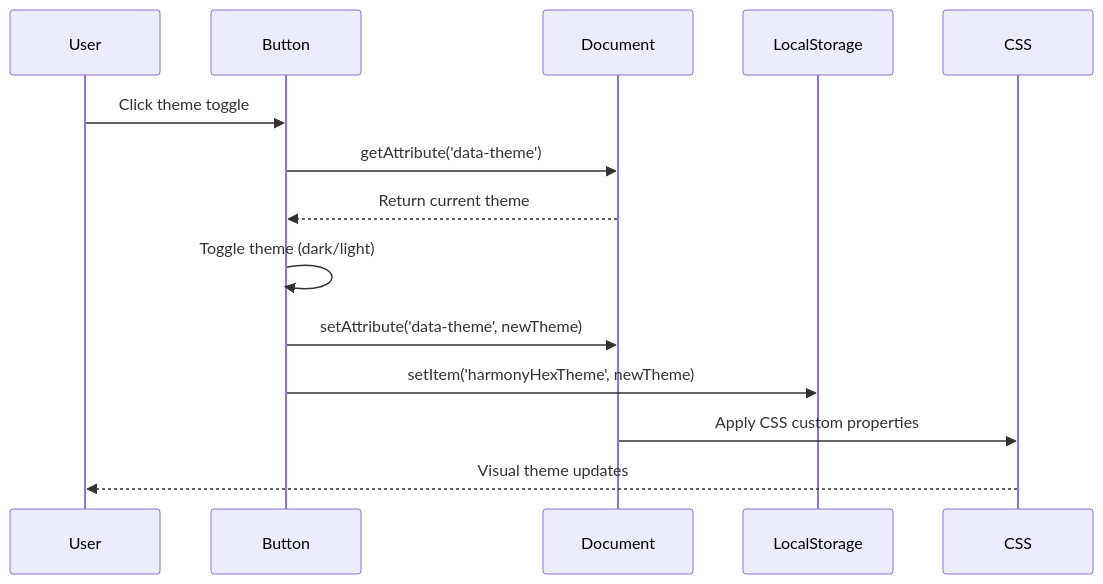
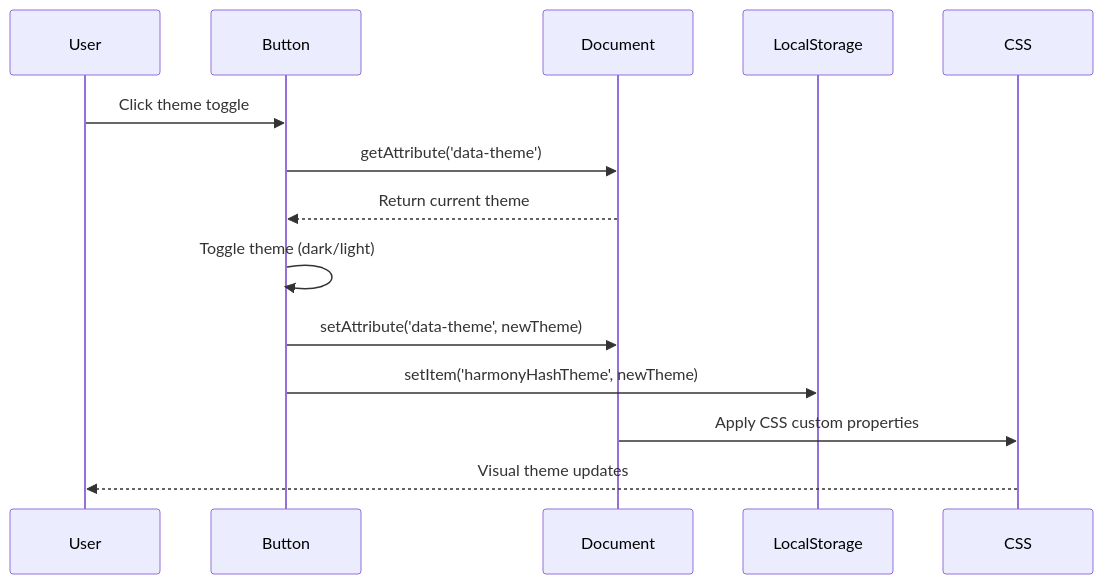
Before and after one commit to alemigav/harmony-hash-game: diagram 11 of 20 in diagram.md, drawn with Mermaid. The commit also changed other lines of this file, not shown here.

Commit message:
Rename Harmony Hex to Harmony Hash in documentation

````diff
--- a/diagram.md
+++ b/diagram.md
@@ -291,17 +291,17 @@
 ```mermaid
 sequenceDiagram
     participant User
     participant Button
     participant Document
     participant LocalStorage
     participant CSS
     
     User->>Button: Click theme toggle
     Button->>Document: getAttribute('data-theme')
     Document-->>Button: Return current theme
     Button->>Button: Toggle theme (dark/light)
     Button->>Document: setAttribute('data-theme', newTheme)
-    Button->>LocalStorage: setItem('harmonyHexTheme', newTheme)
+    Button->>LocalStorage: setItem('harmonyHashTheme', newTheme)
     Document->>CSS: Apply CSS custom properties
     CSS-->>User: Visual theme updates
 ```
````
